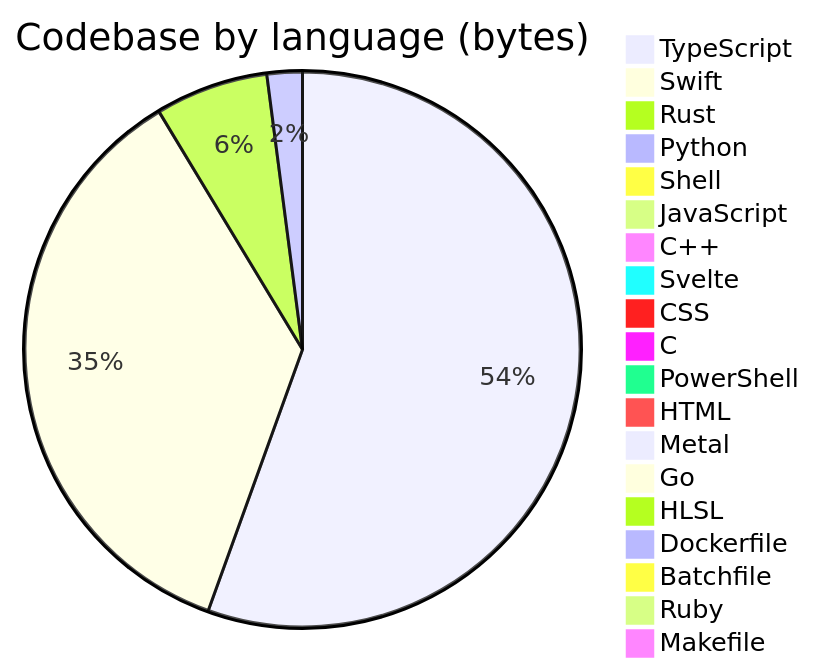
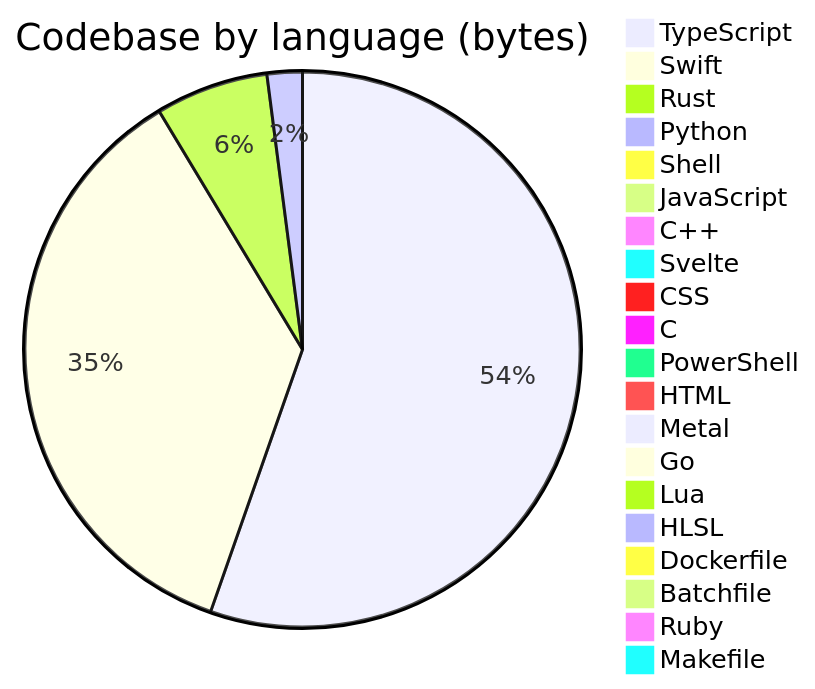
The diagram in profile/README.md (Open330/.github), drawn with Mermaid before and after one commit. The commit also changed other lines of this file, not shown here.

````diff
--- a/profile/README.md
+++ b/profile/README.md
@@ -131,22 +132,23 @@
 ```mermaid
 pie title Codebase by language (bytes)
     "TypeScript" : 34820598
-    "Swift" : 22484097
+    "Swift" : 22652440
     "Rust" : 4128908
-    "Python" : 1289928
+    "Python" : 1289979
     "Shell" : 447062
     "JavaScript" : 399159
     "C++" : 388775
     "Svelte" : 275766
     "CSS" : 152218
     "C" : 118462
     "PowerShell" : 98390
     "HTML" : 92692
     "Metal" : 33192
     "Go" : 22811
+    "Lua" : 11687
     "HLSL" : 7527
     "Dockerfile" : 6524
     "Batchfile" : 5660
     "Ruby" : 3229
     "Makefile" : 1307
 ```
````
